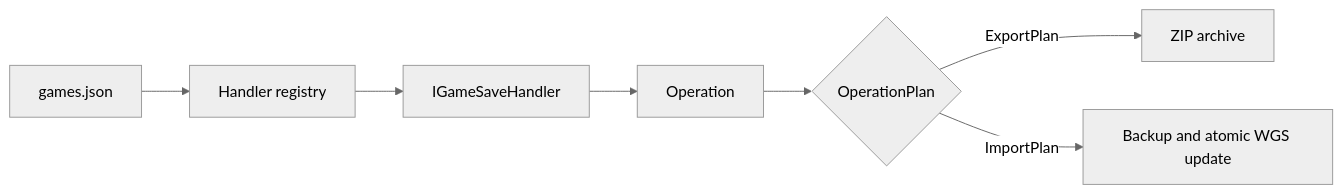
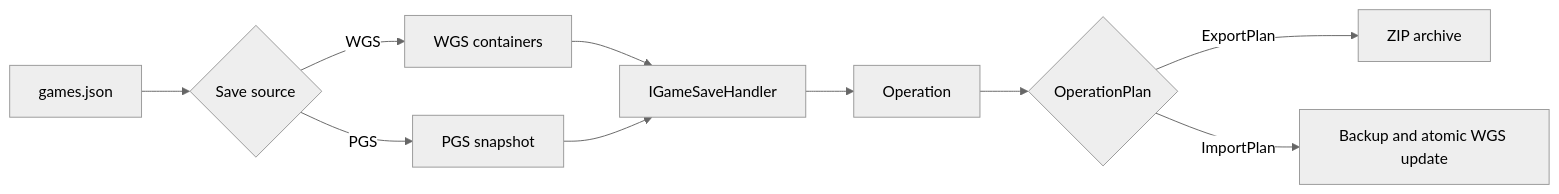
The diagram in README.md (brodrigz/XgpSaveTools), drawn with Mermaid (neutral theme) before and after one commit. The commit also changed other lines of this file and 5 other files, not shown here.

````diff
--- a/README.md
+++ b/README.md
@@ -78,9 +106,12 @@
 ```mermaid
 flowchart LR
-    A["games.json"] --> B["Handler registry"]
-    B --> C["IGameSaveHandler"]
-    C --> D["Operation"]
-    D --> E{"OperationPlan"}
-    E -->|ExportPlan| F["ZIP archive"]
-    E -->|ImportPlan| G["Backup and atomic WGS update"]
+    A["games.json"] --> B{"Save source"}
+    B -->|WGS| C["WGS containers"]
+    B -->|PGS| D["PGS snapshot"]
+    C --> E["IGameSaveHandler"]
+    D --> E
+    E --> F["Operation"]
+    F --> G{"OperationPlan"}
+    G -->|ExportPlan| H["ZIP archive"]
+    G -->|ImportPlan| I["Backup and atomic WGS update"]
 ```
````
